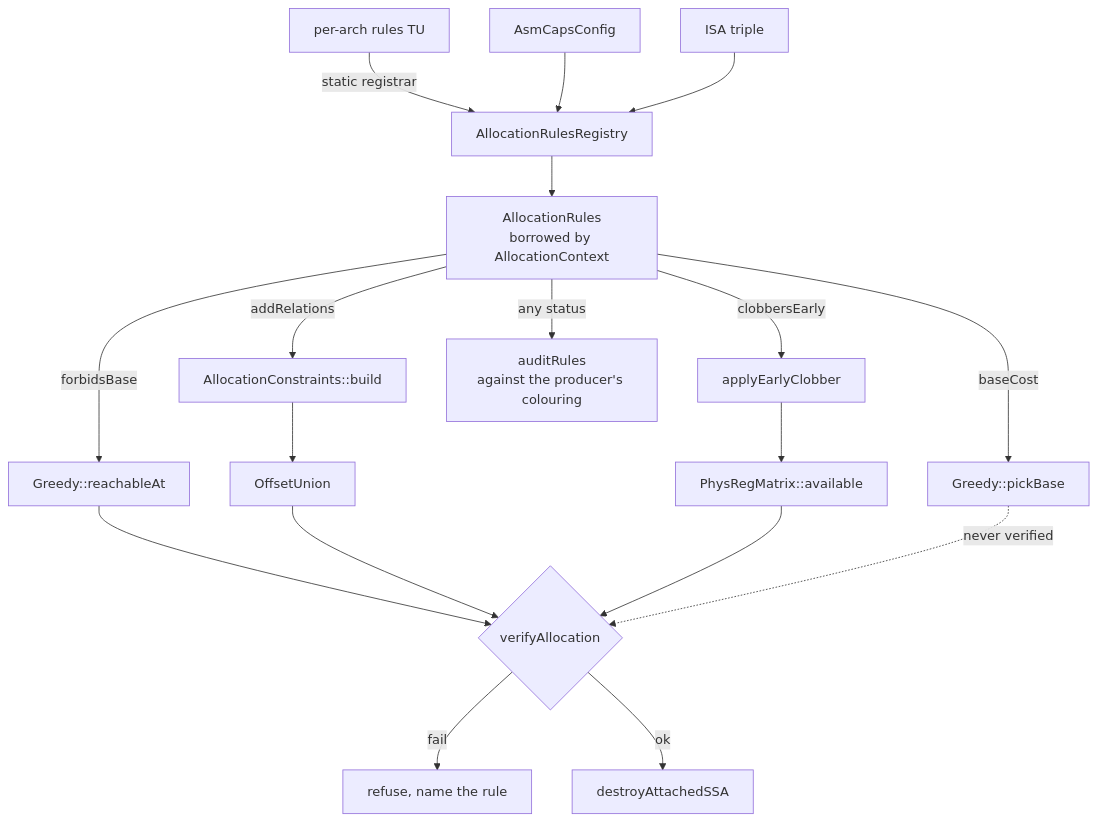
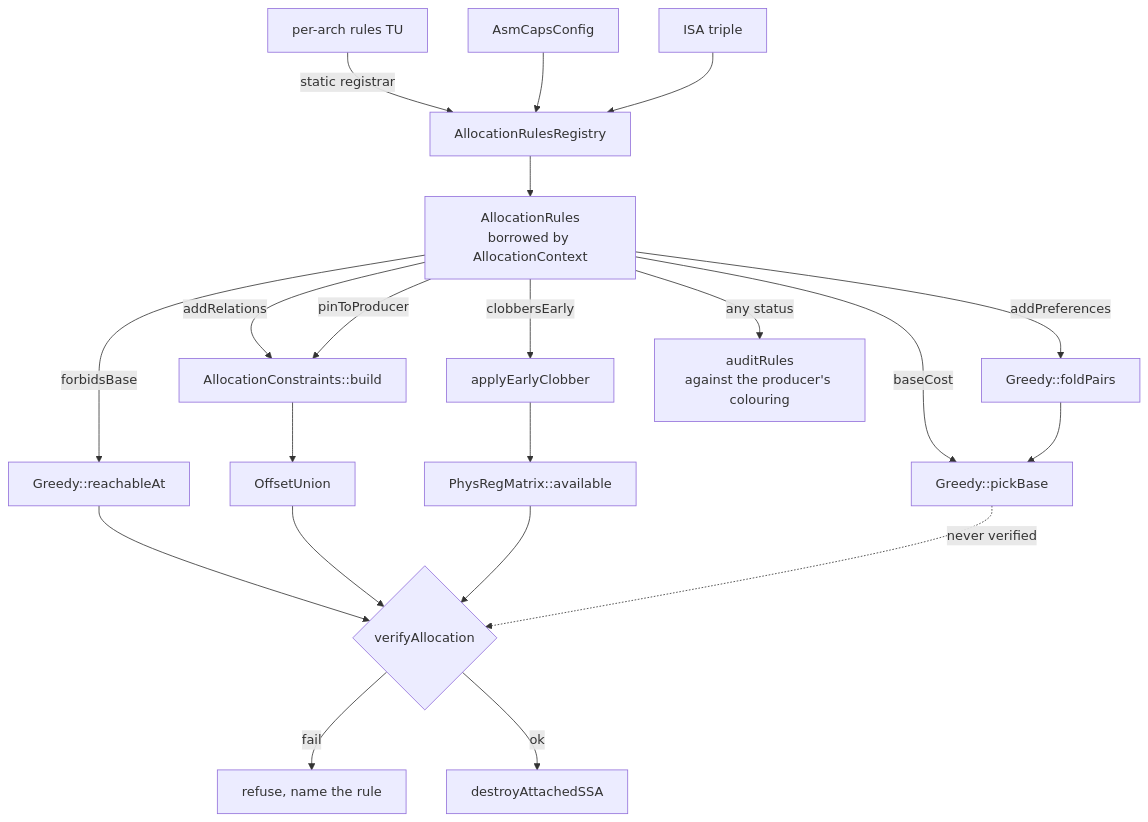
One commit to ROCm/rocm-libraries changed the eighth of 8 diagrams in shared/stinkytofu/docs/developer/register-allocation.md. Above: the diagram before and after it, drawn with Mermaid. The commit also changed other lines of this file and 127 other files, not shown here.

````diff
--- a/shared/stinkytofu/docs/developer/register-allocation.md
+++ b/shared/stinkytofu/docs/developer/register-allocation.md
@@ -1034,21 +1174,23 @@
 ```mermaid
 flowchart TD
     tu["per-arch rules TU"] -->|"static registrar"| reg["AllocationRulesRegistry"]
     caps["AsmCapsConfig"] --> reg
     triple["ISA triple"] --> reg
     reg --> table["AllocationRules<br/>borrowed by AllocationContext"]
 
     table -->|"forbidsBase"| place["Greedy::reachableAt"]
     table -->|"baseCost"| pick["Greedy::pickBase"]
+    table -->|"addPreferences"| pref["Greedy::foldPairs"] --> pick
     table -->|"addRelations"| cons["AllocationConstraints::build"] --> offs["OffsetUnion"]
+    table -->|"pinToProducer"| cons
     table -->|"clobbersEarly"| adj["applyEarlyClobber"] --> mat["PhysRegMatrix::available"]
 
     place --> ver{"verifyAllocation"}
     offs --> ver
     mat --> ver
     pick -.->|"never verified"| ver
     ver -->|fail| refuse["refuse, name the rule"]
     ver -->|ok| apply["destroyAttachedSSA"]
 
     table -->|"any status"| audit["auditRules<br/>against the producer's colouring"]
 ```
````
